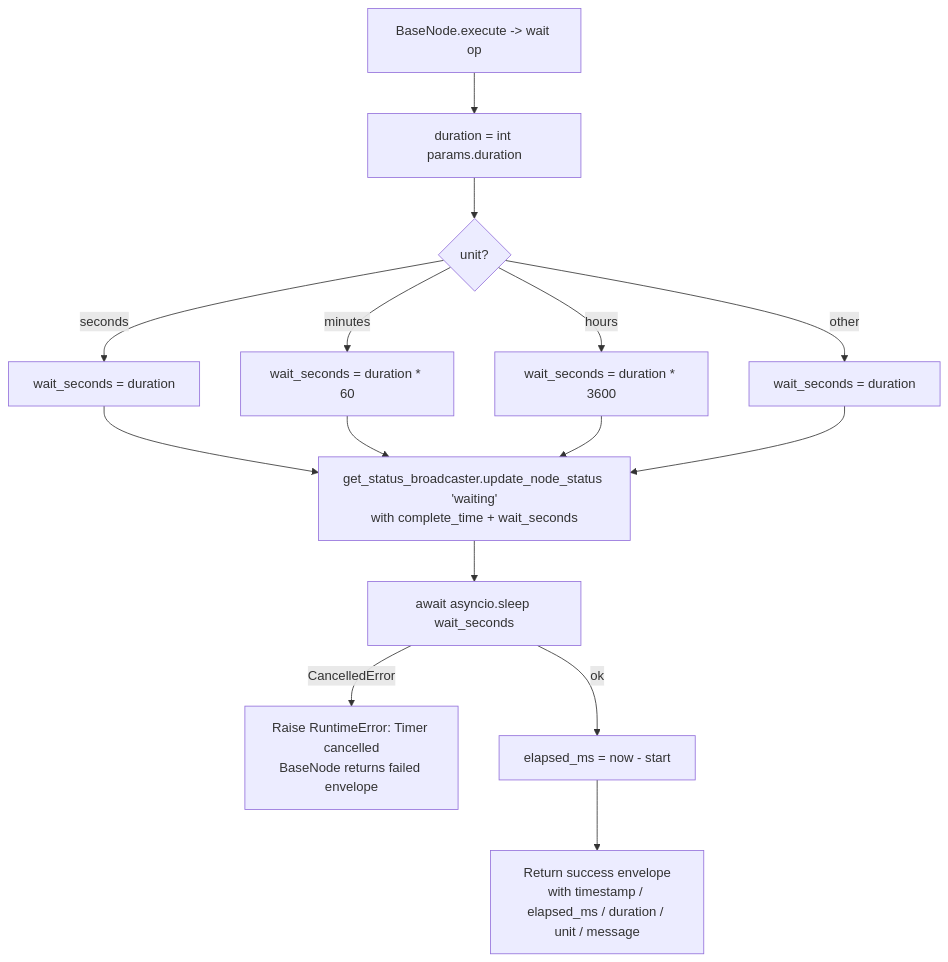
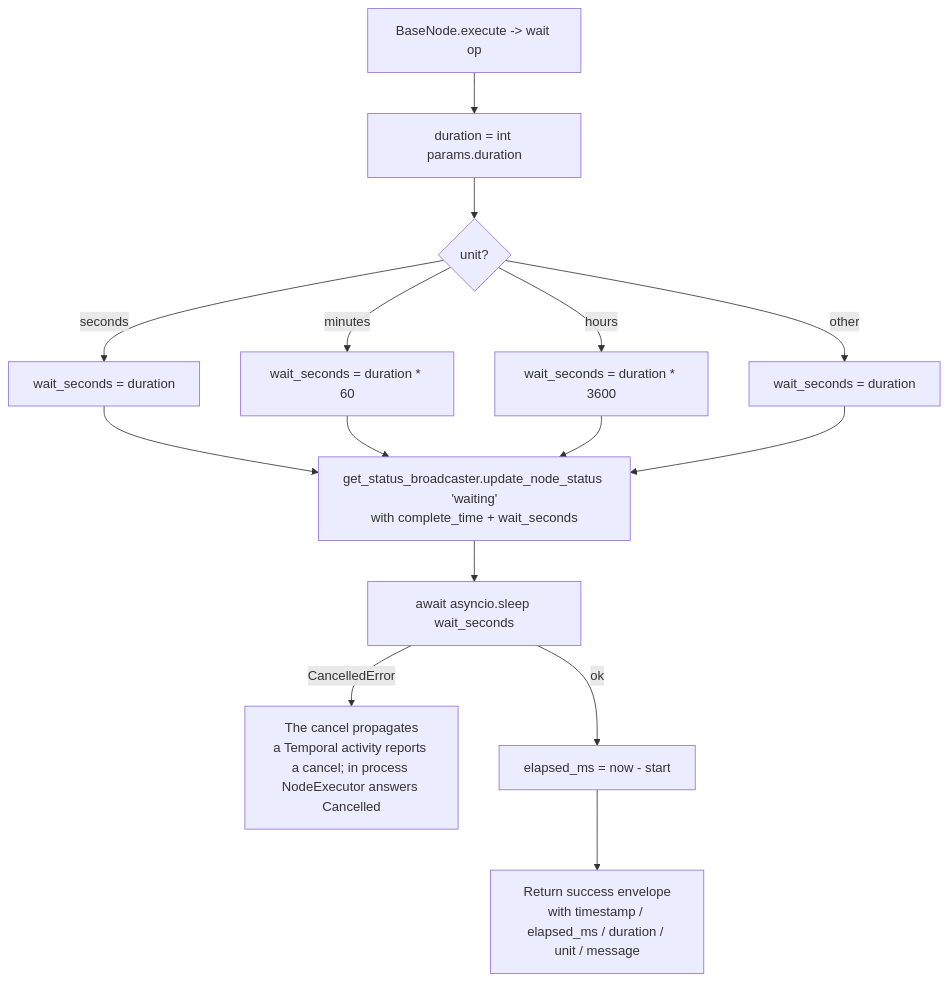
One commit to zeenie-ai/OpenCompany changed the diagram in docs-internal/node-logic-flows/workflow_triggers/timer.md. Above: the diagram before and after it, drawn with Mermaid. The commit also changed other lines of this file and 9 other files, not shown here.

First line of the commit message:
fix(temporal): a cancel reaches the activity; a cut call leaves its card (RFC-0006 1b.2)

````diff
--- a/docs-internal/node-logic-flows/workflow_triggers/timer.md
+++ b/docs-internal/node-logic-flows/workflow_triggers/timer.md
@@ -56,17 +56,17 @@
 ```mermaid
 flowchart TD
   A[BaseNode.execute -> wait op] --> B[duration = int params.duration]
   B --> C{unit?}
   C -- seconds --> S1[wait_seconds = duration]
   C -- minutes --> S2[wait_seconds = duration * 60]
   C -- hours --> S3[wait_seconds = duration * 3600]
   C -- other --> S4[wait_seconds = duration]
   S1 --> D[get_status_broadcaster.update_node_status 'waiting'<br/>with complete_time + wait_seconds]
   S2 --> D
   S3 --> D
   S4 --> D
   D --> E[await asyncio.sleep wait_seconds]
-  E -- CancelledError --> F[Raise RuntimeError: Timer cancelled<br/>BaseNode returns failed envelope]
+  E -- CancelledError --> F[The cancel propagates<br/>a Temporal activity reports a cancel; in process NodeExecutor answers Cancelled]
   E -- ok --> H[elapsed_ms = now - start]
   H --> I[Return success envelope<br/>with timestamp / elapsed_ms / duration / unit / message]
 ```
````
